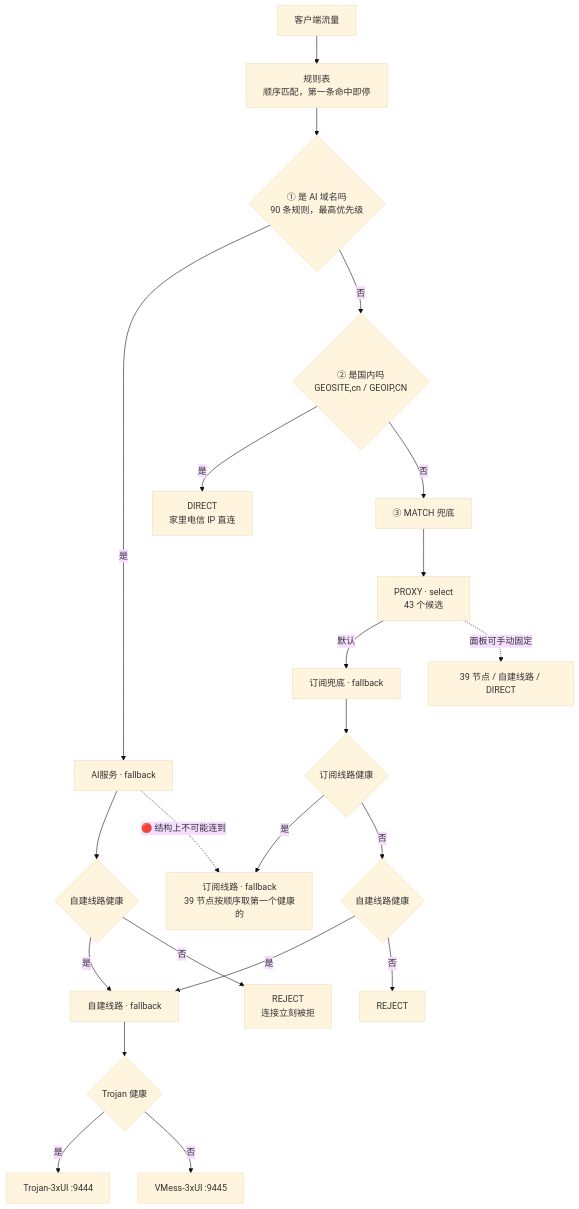
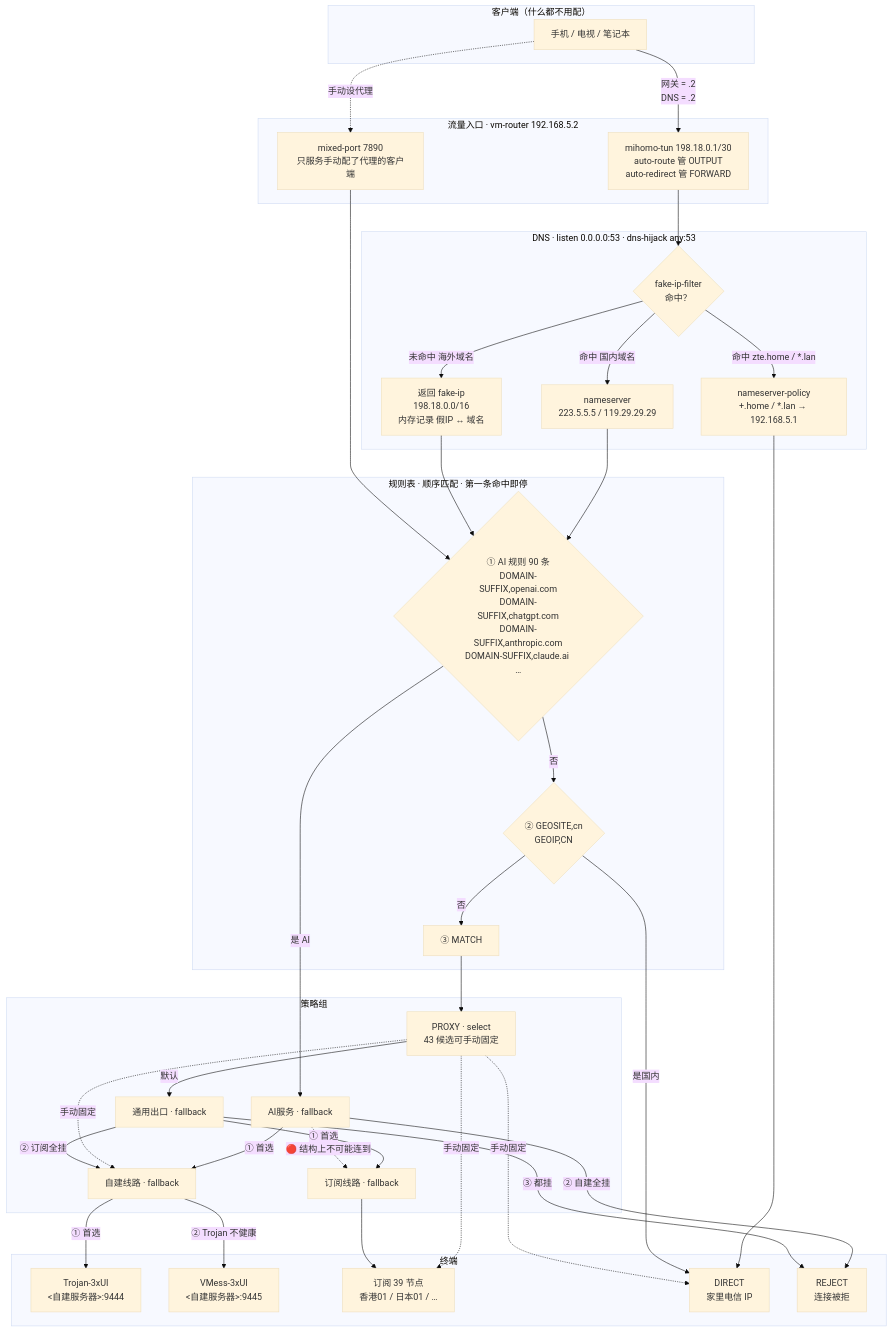
Before and after one commit to Jingk97/homelab: the first of 2 diagrams in 02-gateway/README.md, drawn with Mermaid (base theme). The commit also changed other lines of this file and 1 other file, not shown here.

First line of the commit message:
feat(gateway): 开启 TUN 与 DNS，修四个启动期缺陷

````diff
--- a/02-gateway/README.md
+++ b/02-gateway/README.md
@@ -31,29 +33,75 @@
 ```mermaid
 flowchart TD
-    C["客户端流量"] --> R["规则表<br/>顺序匹配，第一条命中即停"]
-    R --> R1{"① 是 AI 域名吗<br/>90 条规则，最高优先级"}
-    R1 -->|"是"| AI["AI服务 · fallback"]
-    R1 -->|"否"| R2{"② 是国内吗<br/>GEOSITE,cn / GEOIP,CN"}
-    R2 -->|"是"| D["DIRECT<br/>家里电信 IP 直连"]
-    R2 -->|"否"| R3["③ MATCH 兜底"]
-    R3 --> P["PROXY · select<br/>43 个候选"]
+    subgraph CLIENT["客户端（什么都不用配）"]
+        C1["手机 / 电视 / 笔记本"]
+    end
 
-    AI --> A1{"自建线路健康"}
-    A1 -->|"是"| SELF["自建线路 · fallback"]
-    A1 -->|"否"| RJ1["REJECT<br/>连接立刻被拒"]
+    subgraph ENTRY["流量入口 · vm-router 192.168.5.2"]
+        E1["mihomo-tun 198.18.0.1/30<br/>auto-route 管 OUTPUT<br/>auto-redirect 管 FORWARD"]
+        E2["mixed-port 7890<br/>只服务手动配了代理的客户端"]
+    end
 
-    P -->|"默认"| SF["订阅兜底 · fallback"]
-    P -.->|"面板可手动固定"| MAN["39 节点 / 自建线路 / DIRECT"]
+    subgraph DNS["DNS · listen 0.0.0.0:53 · dns-hijack any:53"]
+        D1{"fake-ip-filter<br/>命中？"}
+        D2["nameserver-policy<br/>+.home / *.lan → 192.168.5.1"]
+        D3["nameserver<br/>223.5.5.5 / 119.29.29.29"]
+        D4["返回 fake-ip<br/>198.18.0.0/16<br/>内存记录 假IP ↔ 域名"]
+    end
 
-    SF --> S1{"订阅线路健康"}
-    S1 -->|"是"| SUB["订阅线路 · fallback<br/>39 节点按顺序取第一个健康的"]
-    S1 -->|"否"| S2{"自建线路健康"}
-    S2 -->|"是"| SELF
-    S2 -->|"否"| RJ2["REJECT"]
+    subgraph RULES["规则表 · 顺序匹配 · 第一条命中即停"]
+        R1{"① AI 规则 90 条<br/>DOMAIN-SUFFIX,openai.com<br/>DOMAIN-SUFFIX,chatgpt.com<br/>DOMAIN-SUFFIX,anthropic.com<br/>DOMAIN-SUFFIX,claude.ai …"}
+        R2{"② GEOSITE,cn<br/>GEOIP,CN"}
+        R3["③ MATCH"]
+    end
 
-    SELF --> T1{"Trojan 健康"}
-    T1 -->|"是"| TN["Trojan-3xUI :9444"]
-    T1 -->|"否"| VN["VMess-3xUI :9445"]
+    subgraph GROUPS["策略组"]
+        G1["AI服务 · fallback"]
+        G2["PROXY · select<br/>43 候选可手动固定"]
+        G3["通用出口 · fallback"]
+        G4["订阅线路 · fallback"]
+        G5["自建线路 · fallback"]
+    end
 
-    AI -.->|"🔴 结构上不可能连到"| SUB
+    subgraph NODES["终端"]
+        N1["Trojan-3xUI<br/><自建服务器>:9444"]
+        N2["VMess-3xUI<br/><自建服务器>:9445"]
+        N3["订阅 39 节点<br/>香港01 / 日本01 / …"]
+        N4["DIRECT<br/>家里电信 IP"]
+        N5["REJECT<br/>连接被拒"]
+    end
+
+    C1 -->|"网关 = .2<br/>DNS = .2"| E1
+    C1 -.->|"手动设代理"| E2
+    E1 --> D1
+    D1 -->|"命中 zte.home / *.lan"| D2
+    D1 -->|"命中 国内域名"| D3
+    D1 -->|"未命中 海外域名"| D4
+    D2 --> N4
+    D3 --> R1
+    D4 --> R1
+    E2 --> R1
+
+    R1 -->|"是 AI"| G1
+    R1 -->|"否"| R2
+    R2 -->|"是国内"| N4
+    R2 -->|"否"| R3
+    R3 --> G2
+
+    G1 -->|"① 首选"| G5
+    G1 -->|"② 自建全挂"| N5
+
+    G2 -->|"默认"| G3
+    G2 -.->|"手动固定"| N3
+    G2 -.->|"手动固定"| G5
+    G2 -.->|"手动固定"| N4
+
+    G3 -->|"① 首选"| G4
+    G3 -->|"② 订阅全挂"| G5
+    G3 -->|"③ 都挂"| N5
+
+    G4 --> N3
+    G5 -->|"① 首选"| N1
+    G5 -->|"② Trojan 不健康"| N2
+
+    G1 -.->|"🔴 结构上不可能连到"| G4
 ```
````
